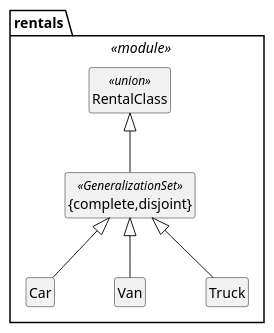
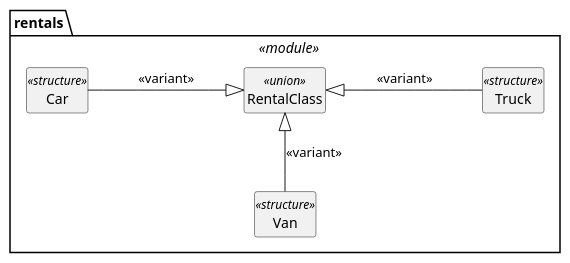
Before and after one commit to sdm-lang/tree-sitter-sdml: diagram 19 of 21 in docs/uml-profile.org, drawn with PlantUML. The commit also changed other lines of this file and 29 other files, not shown here.

```diff
--- a/docs/uml-profile.org
+++ b/docs/uml-profile.org
@@ -682,24 +777,21 @@
 #+BEGIN_SRC plantuml :file uml-ex-union.svg
 skinparam backgroundColor transparent
 skinparam style strictuml
 skinparam linetype polyline
-skinparam nodesep 60
+skinparam nodesep 100
 
 hide circle
 hide empty members
 
 package rentals <<module>> {
 
-    class Car
-    class Van
-    class Truck
+    class Car <<structure>>
+    class Van <<structure>>
+    class Truck <<structure>>
     class RentalClass <<union>>
 
-    class "{complete,disjoint}" as gs1 <<GeneralizationSet>>
-
-    Car -u-|> gs1
-    Van -u-|> gs1
-    Truck -u-|> gs1
-    gs1 -u-|> RentalClass
+    Car -right-|> RentalClass: <<variant>>
+    Van -up-|> RentalClass: <<variant>>
+    Truck -left-|> RentalClass: <<variant>>
 }
 #+END_SRC
```
